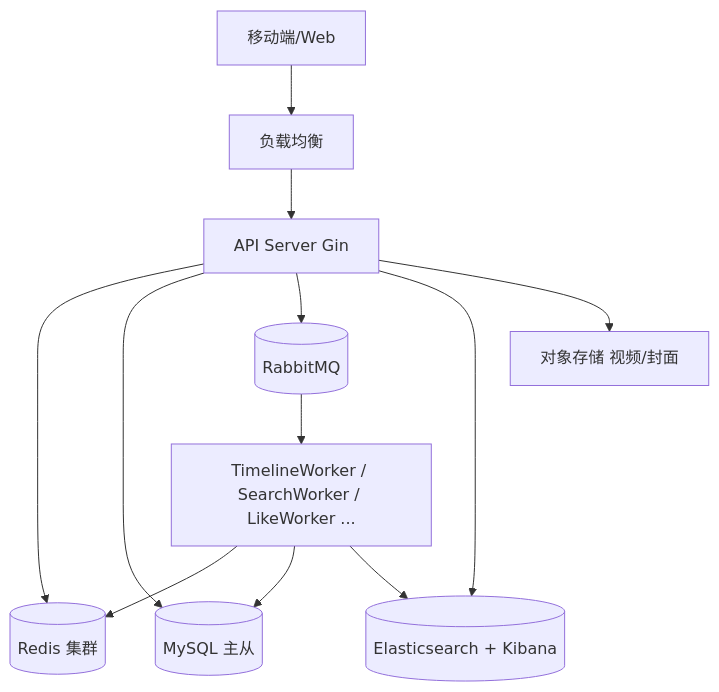
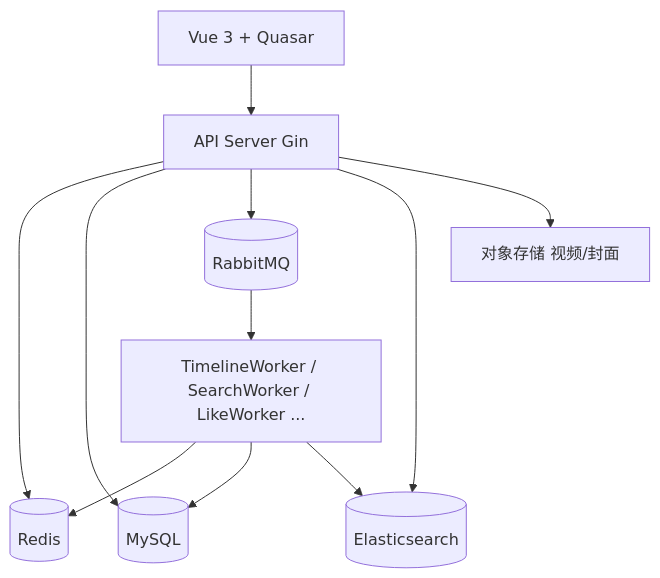
The diagram in README.md (grayfalcon666/tideflow), drawn with Mermaid before and after one commit. The commit also changed other lines of this file and 3 other files, not shown here.

````diff
--- a/README.md
+++ b/README.md
@@ -27,14 +29,13 @@
 ```mermaid
 graph TD
-    Client[移动端/Web] --> LB[负载均衡]
-    LB --> API[API Server Gin]
-    API --> Redis[(Redis 集群)]
-    API --> MySQL[(MySQL 主从)]
+    Frontend[Vue 3 + Quasar] --> API[API Server Gin]
+    API --> Redis[(Redis)]
+    API --> MySQL[(MySQL)]
     API --> RabbitMQ[(RabbitMQ)]
-    API --> ES[(Elasticsearch + Kibana)]
+    API --> ES[(Elasticsearch)]
     RabbitMQ --> Worker[TimelineWorker / SearchWorker / LikeWorker ...]
     Worker --> Redis
     Worker --> MySQL
     Worker --> ES
-    API --> 数据库存储[对象存储 视频/封面]
+    API --> OSS[对象存储 视频/封面]
 ```
````
